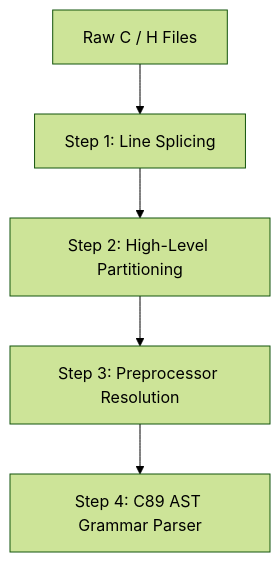
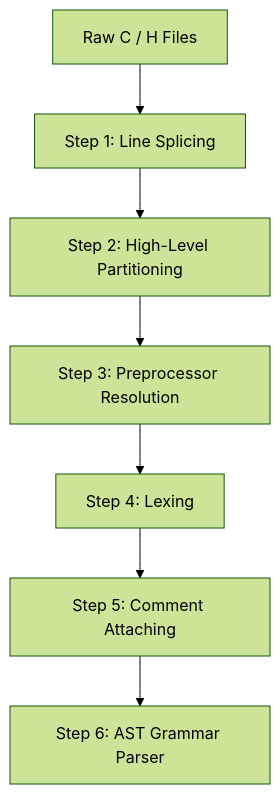
Before and after one commit to voelklmichael/doom_v4: the diagram in docs/01_PARSER.md, drawn with Mermaid (forest theme). The commit also changed other lines of this file and 1 other file, not shown here.

````diff
--- a/docs/01_PARSER.md
+++ b/docs/01_PARSER.md
@@ -9,7 +9,9 @@
 ```mermaid
 flowchart TD
     Raw[Raw C / H Files] --> S1[Step 1: Line Splicing]
     S1 --> S2[Step 2: High-Level Partitioning]
     S2 --> S3[Step 3: Preprocessor Resolution]
-    S3 --> S4[Step 4: C89 AST Grammar Parser]
+    S3 --> S4[Step 4: Lexing]
+    S4 --> S5[Step 5: Comment Attaching]
+    S5 --> S6[Step 6: AST Grammar Parser]
 ```
````
